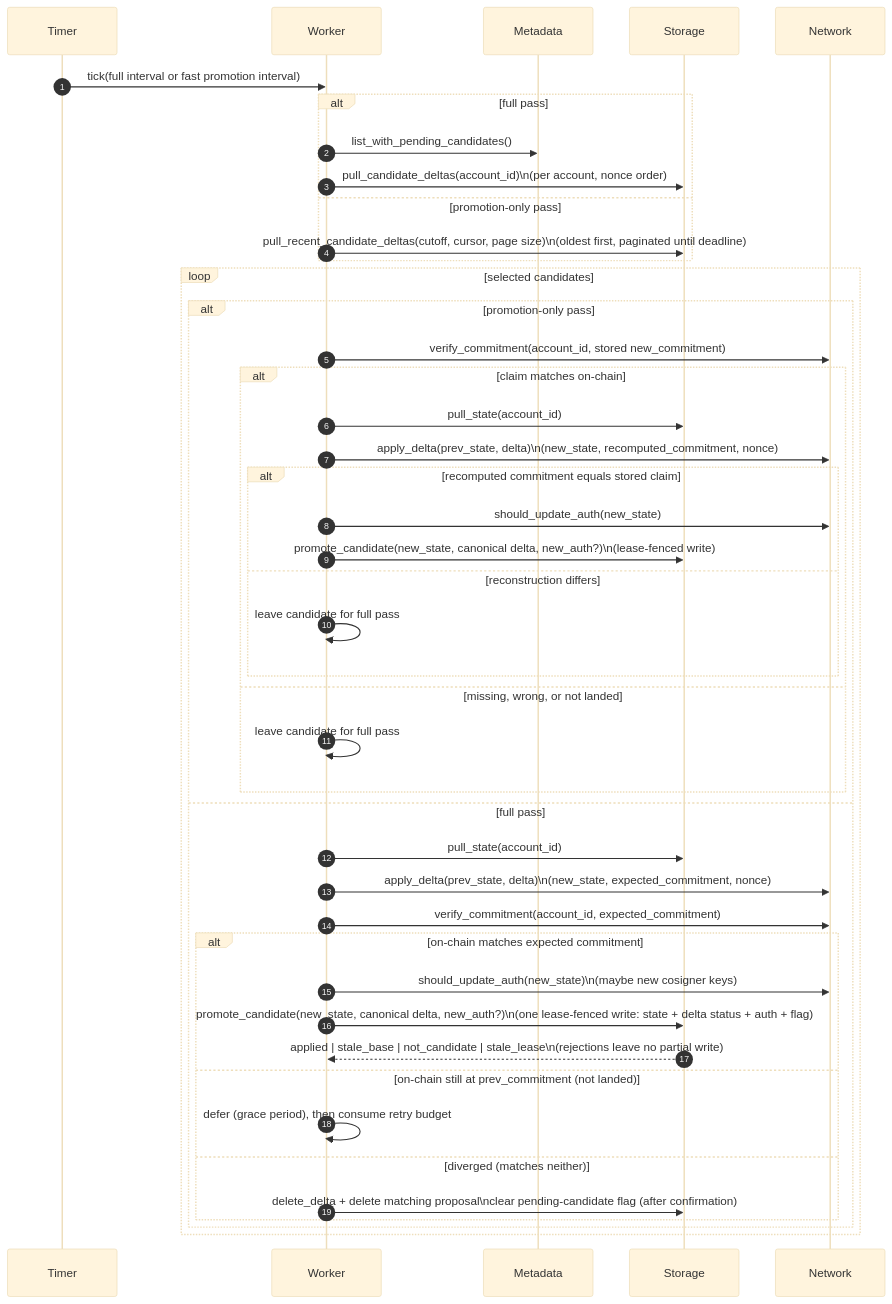
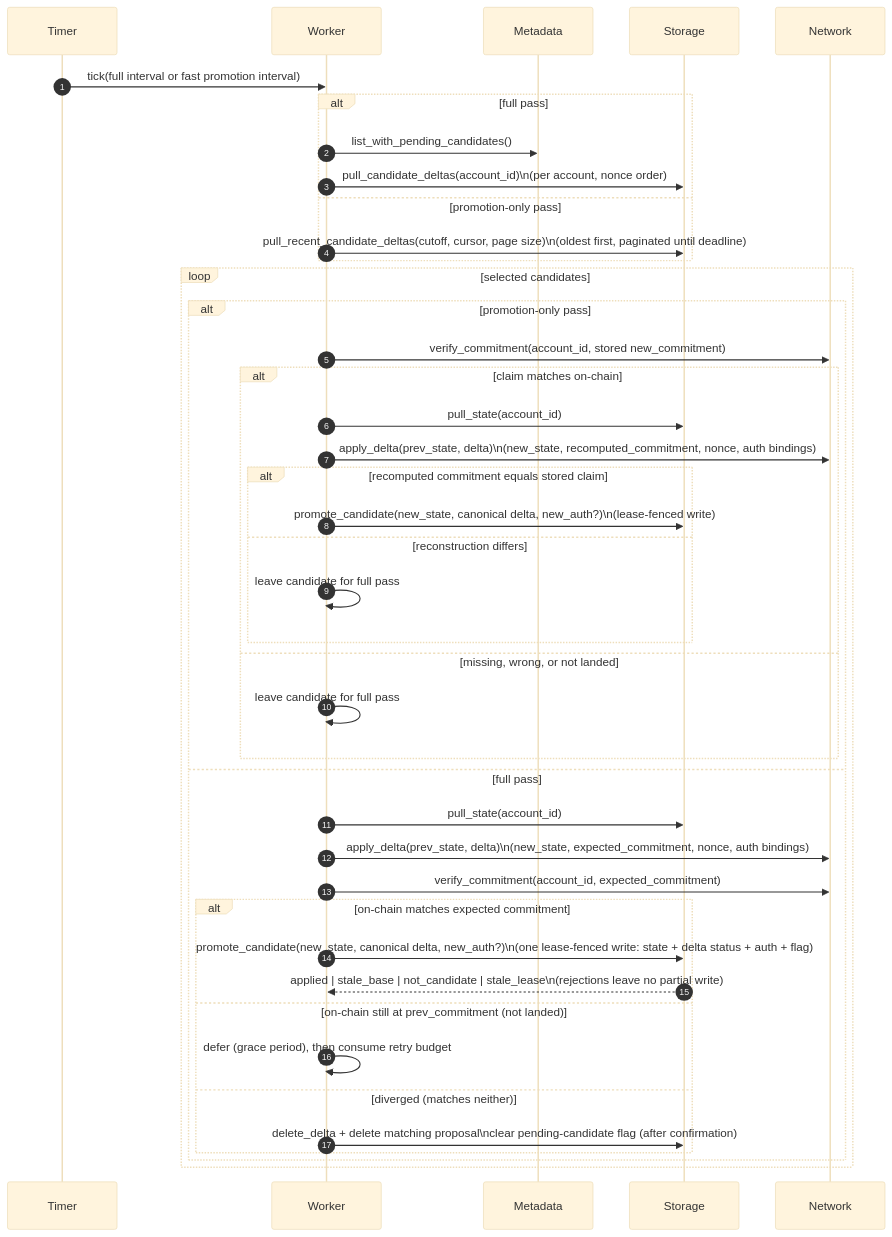
Diagram 11 of 11 in spec/processes.md (OpenZeppelin/guardian), drawn with Mermaid (base theme) before and after one commit. The commit also changed other lines of this file and 9 other files, not shown here.

````diff
--- a/spec/processes.md
+++ b/spec/processes.md
@@ -405,46 +405,44 @@
 ```mermaid
 sequenceDiagram
   autonumber
   participant T as Timer
   participant W as Worker
   participant M as Metadata
   participant ST as Storage
   participant N as Network
   T->>W: tick(full interval or fast promotion interval)
   alt full pass
     W->>M: list_with_pending_candidates()
     W->>ST: pull_candidate_deltas(account_id)\n(per account, nonce order)
   else promotion-only pass
     W->>ST: pull_recent_candidate_deltas(cutoff, cursor, page size)\n(oldest first, paginated until deadline)
   end
   loop selected candidates
     alt promotion-only pass
       W->>N: verify_commitment(account_id, stored new_commitment)
       alt claim matches on-chain
         W->>ST: pull_state(account_id)
-        W->>N: apply_delta(prev_state, delta)\n(new_state, recomputed_commitment, nonce)
+        W->>N: apply_delta(prev_state, delta)\n(new_state, recomputed_commitment, nonce, auth bindings)
         alt recomputed commitment equals stored claim
-          W->>N: should_update_auth(new_state)
           W->>ST: promote_candidate(new_state, canonical delta, new_auth?)\n(lease-fenced write)
         else reconstruction differs
           W->>W: leave candidate for full pass
         end
       else missing, wrong, or not landed
         W->>W: leave candidate for full pass
       end
     else full pass
       W->>ST: pull_state(account_id)
-      W->>N: apply_delta(prev_state, delta)\n(new_state, expected_commitment, nonce)
+      W->>N: apply_delta(prev_state, delta)\n(new_state, expected_commitment, nonce, auth bindings)
       W->>N: verify_commitment(account_id, expected_commitment)
       alt on-chain matches expected commitment
-        W->>N: should_update_auth(new_state)\n(maybe new cosigner keys)
         W->>ST: promote_candidate(new_state, canonical delta, new_auth?)\n(one lease-fenced write: state + delta status + auth + flag)
         ST-->>W: applied | stale_base | not_candidate | stale_lease\n(rejections leave no partial write)
       else on-chain still at prev_commitment (not landed)
         W->>W: defer (grace period), then consume retry budget
       else diverged (matches neither)
         W->>ST: delete_delta + delete matching proposal\nclear pending-candidate flag (after confirmation)
       end
     end
   end
 ```
````
